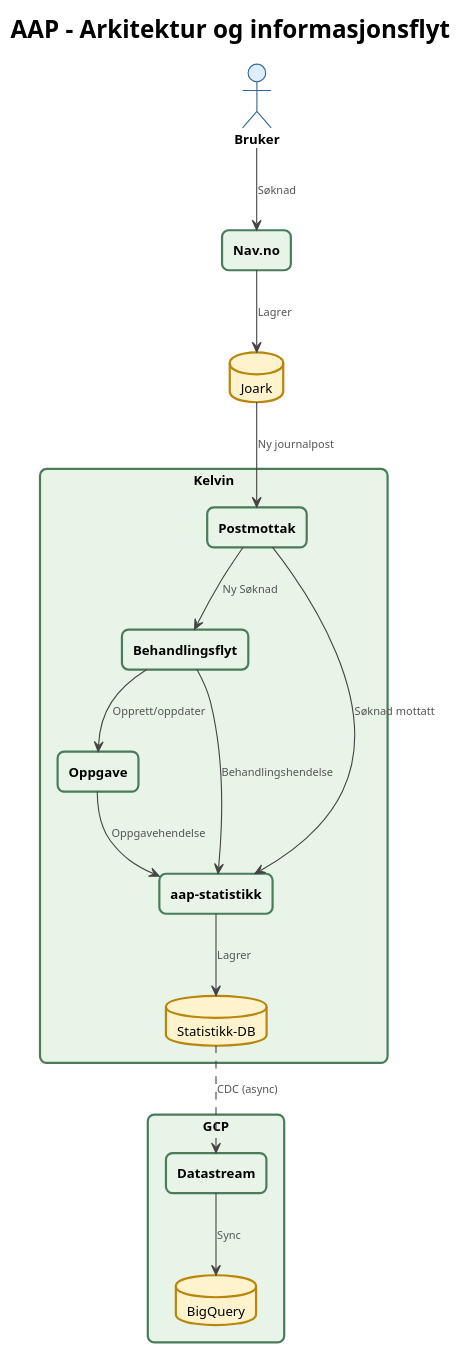
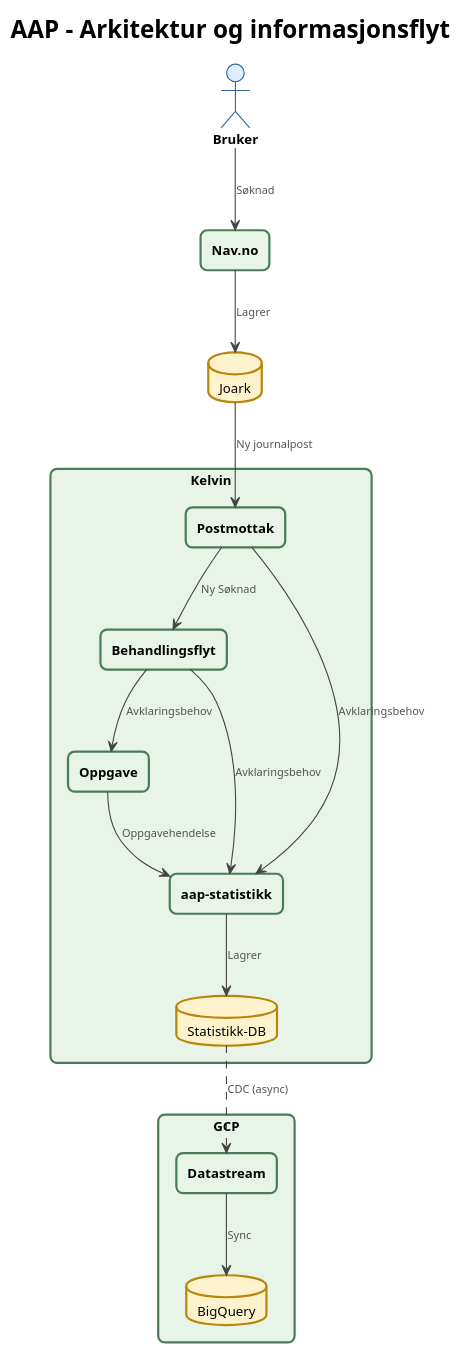
The diagram in diagrams/statistikk_informasjonsflyt.puml (navikt/aap-intern-sysdok), drawn with PlantUML before and after one commit.

Commit message:
Oppdater diagram

```diff
--- a/diagrams/statistikk_informasjonsflyt.puml
+++ b/diagrams/statistikk_informasjonsflyt.puml
@@ -1,67 +1,67 @@
 @startuml Informasjonsflyt
 
 !theme plain
 
 
 skinparam backgroundColor #FFFFFF
 skinparam defaultFontName Arial
 skinparam defaultFontSize 12
 
 skinparam actor {
     BackgroundColor #DDEEFF
     BorderColor #336699
     FontStyle bold
 }
 
 skinparam rectangle {
     BackgroundColor #E8F4E8
     BorderColor #4A7C59
     BorderThickness 2
     RoundCorner 12
     FontStyle bold
 }
 
 skinparam database {
     BackgroundColor #FFF3CD
     BorderColor #B8860B
     BorderThickness 2
 }
 
 skinparam arrow {
     Color #444444
     FontSize 10
     FontColor #555555
 }
 
 title AAP – Arkitektur og informasjonsflyt
 
 actor "Bruker" as bruker
 rectangle "Nav.no" as portal
 database "Joark" as joark
 
 rectangle "Kelvin" {
     rectangle "Postmottak" as postmottak
     rectangle "Behandlingsflyt" as behandlingsflyt
     rectangle "Oppgave" as oppgave
     rectangle "aap-statistikk" as statistikk
     database "Statistikk-DB" as statistikkdb
 }
 
 rectangle "GCP" {
     rectangle "Datastream" as datastream
     database "BigQuery" as bigquery
 }
 
 bruker          --> portal           : Søknad
 portal          --> joark            : Lagrer
 joark           --> postmottak       : Ny journalpost
 postmottak      --> behandlingsflyt  : Ny Søknad
-postmottak      --> statistikk       : Søknad mottatt
-behandlingsflyt --> oppgave          : Opprett/oppdater
-behandlingsflyt --> statistikk       : Behandlingshendelse
+postmottak      --> statistikk       : Avklaringsbehov
+behandlingsflyt --> oppgave          : Avklaringsbehov
+behandlingsflyt --> statistikk       : Avklaringsbehov
 oppgave         --> statistikk       : Oppgavehendelse
 statistikk      --> statistikkdb     : Lagrer
 statistikkdb    ..> datastream       : CDC (async)
 datastream      --> bigquery         : Sync
 
 @enduml
```
